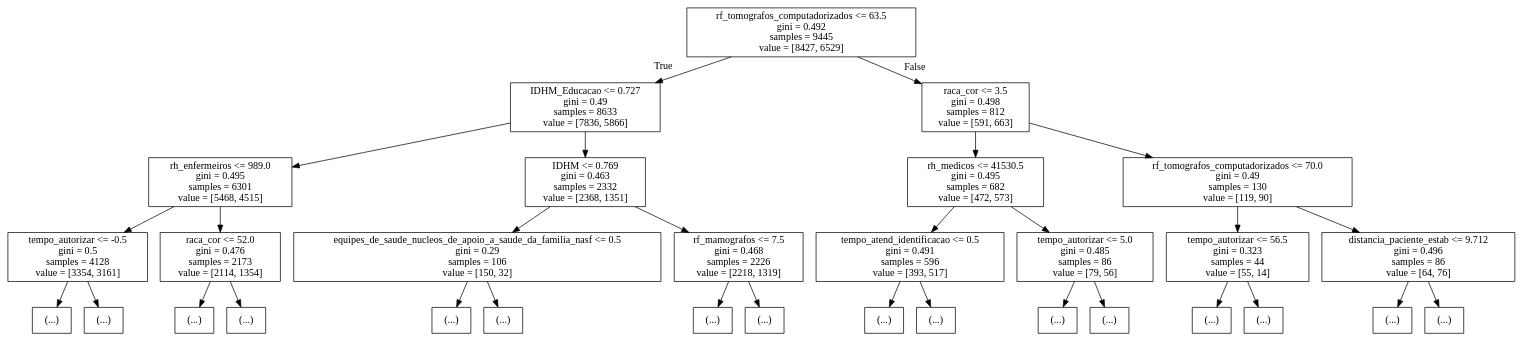
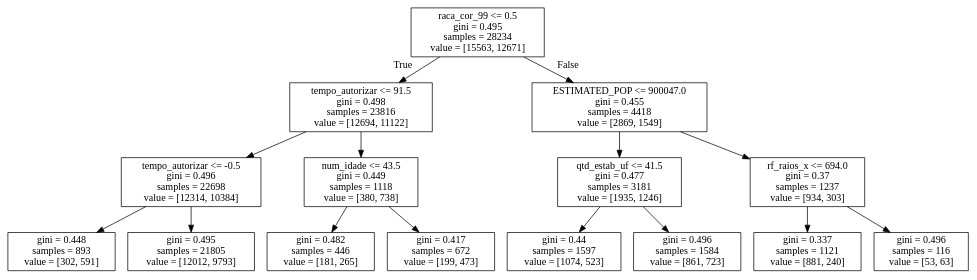
The diagram in notebooks/tree.dot (jcezarms/bcg-gamma-challenge), drawn with Graphviz before and after one commit. The commit also changed 4 other files, not shown here.

```diff
--- a/notebooks/tree.dot
+++ b/notebooks/tree.dot
@@ -1,64 +1,32 @@
 digraph Tree {
 node [shape=box] ;
-0 [label="rf_tomografos_computadorizados <= 63.5\ngini = 0.492\nsamples = 9445\nvalue = [8427, 6529]"] ;
-1 [label="IDHM_Educacao <= 0.727\ngini = 0.49\nsamples = 8633\nvalue = [7836, 5866]"] ;
+0 [label="raca_cor_99 <= 0.5\ngini = 0.495\nsamples = 28234\nvalue = [15563, 12671]"] ;
+1 [label="tempo_autorizar <= 91.5\ngini = 0.498\nsamples = 23816\nvalue = [12694, 11122]"] ;
 0 -> 1 [labeldistance=2.5, labelangle=45, headlabel="True"] ;
-2 [label="rh_enfermeiros <= 989.0\ngini = 0.495\nsamples = 6301\nvalue = [5468, 4515]"] ;
+2 [label="tempo_autorizar <= -0.5\ngini = 0.496\nsamples = 22698\nvalue = [12314, 10384]"] ;
 1 -> 2 ;
-3 [label="tempo_autorizar <= -0.5\ngini = 0.5\nsamples = 4128\nvalue = [3354, 3161]"] ;
+3 [label="gini = 0.448\nsamples = 893\nvalue = [302, 591]"] ;
 2 -> 3 ;
-4 [label="(...)"] ;
-3 -> 4 ;
-117 [label="(...)"] ;
-3 -> 117 ;
-3098 [label="raca_cor <= 52.0\ngini = 0.476\nsamples = 2173\nvalue = [2114, 1354]"] ;
-2 -> 3098 ;
-3099 [label="(...)"] ;
-3098 -> 3099 ;
-4706 [label="(...)"] ;
-3098 -> 4706 ;
-4829 [label="IDHM <= 0.769\ngini = 0.463\nsamples = 2332\nvalue = [2368, 1351]"] ;
-1 -> 4829 ;
-4830 [label="equipes_de_saude_nucleos_de_apoio_a_saude_da_familia_nasf <= 0.5\ngini = 0.29\nsamples = 106\nvalue = [150, 32]"] ;
-4829 -> 4830 ;
-4831 [label="(...)"] ;
-4830 -> 4831 ;
-4854 [label="(...)"] ;
-4830 -> 4854 ;
-4897 [label="rf_mamografos <= 7.5\ngini = 0.468\nsamples = 2226\nvalue = [2218, 1319]"] ;
-4829 -> 4897 ;
-4898 [label="(...)"] ;
-4897 -> 4898 ;
-5925 [label="(...)"] ;
-4897 -> 5925 ;
-6514 [label="raca_cor <= 3.5\ngini = 0.498\nsamples = 812\nvalue = [591, 663]"] ;
-0 -> 6514 [labeldistance=2.5, labelangle=-45, headlabel="False"] ;
-6515 [label="rh_medicos <= 41530.5\ngini = 0.495\nsamples = 682\nvalue = [472, 573]"] ;
-6514 -> 6515 ;
-6516 [label="tempo_atend_identificacao <= 0.5\ngini = 0.491\nsamples = 596\nvalue = [393, 517]"] ;
-6515 -> 6516 ;
-6517 [label="(...)"] ;
-6516 -> 6517 ;
-6574 [label="(...)"] ;
-6516 -> 6574 ;
-7033 [label="tempo_autorizar <= 5.0\ngini = 0.485\nsamples = 86\nvalue = [79, 56]"] ;
-6515 -> 7033 ;
-7034 [label="(...)"] ;
-7033 -> 7034 ;
-7073 [label="(...)"] ;
-7033 -> 7073 ;
-7084 [label="rf_tomografos_computadorizados <= 70.0\ngini = 0.49\nsamples = 130\nvalue = [119, 90]"] ;
-6514 -> 7084 ;
-7085 [label="tempo_autorizar <= 56.5\ngini = 0.323\nsamples = 44\nvalue = [55, 14]"] ;
-7084 -> 7085 ;
-7086 [label="(...)"] ;
-7085 -> 7086 ;
-7117 [label="(...)"] ;
-7085 -> 7117 ;
-7118 [label="distancia_paciente_estab <= 9.712\ngini = 0.496\nsamples = 86\nvalue = [64, 76]"] ;
-7084 -> 7118 ;
-7119 [label="(...)"] ;
-7118 -> 7119 ;
-7132 [label="(...)"] ;
-7118 -> 7132 ;
+4 [label="gini = 0.495\nsamples = 21805\nvalue = [12012, 9793]"] ;
+2 -> 4 ;
+5 [label="num_idade <= 43.5\ngini = 0.449\nsamples = 1118\nvalue = [380, 738]"] ;
+1 -> 5 ;
+6 [label="gini = 0.482\nsamples = 446\nvalue = [181, 265]"] ;
+5 -> 6 ;
+7 [label="gini = 0.417\nsamples = 672\nvalue = [199, 473]"] ;
+5 -> 7 ;
+8 [label="ESTIMATED_POP <= 900047.0\ngini = 0.455\nsamples = 4418\nvalue = [2869, 1549]"] ;
+0 -> 8 [labeldistance=2.5, labelangle=-45, headlabel="False"] ;
+9 [label="qtd_estab_uf <= 41.5\ngini = 0.477\nsamples = 3181\nvalue = [1935, 1246]"] ;
+8 -> 9 ;
+10 [label="gini = 0.44\nsamples = 1597\nvalue = [1074, 523]"] ;
+9 -> 10 ;
+11 [label="gini = 0.496\nsamples = 1584\nvalue = [861, 723]"] ;
+9 -> 11 ;
+12 [label="rf_raios_x <= 694.0\ngini = 0.37\nsamples = 1237\nvalue = [934, 303]"] ;
+8 -> 12 ;
+13 [label="gini = 0.337\nsamples = 1121\nvalue = [881, 240]"] ;
+12 -> 13 ;
+14 [label="gini = 0.496\nsamples = 116\nvalue = [53, 63]"] ;
+12 -> 14 ;
 }
```
